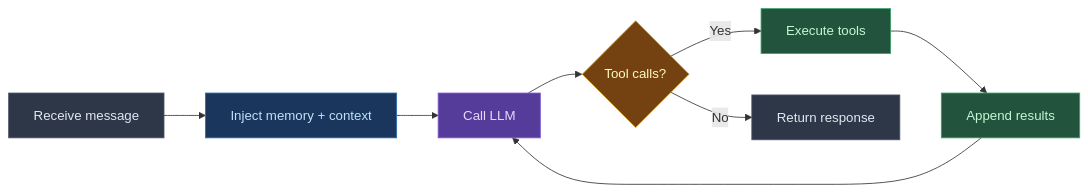
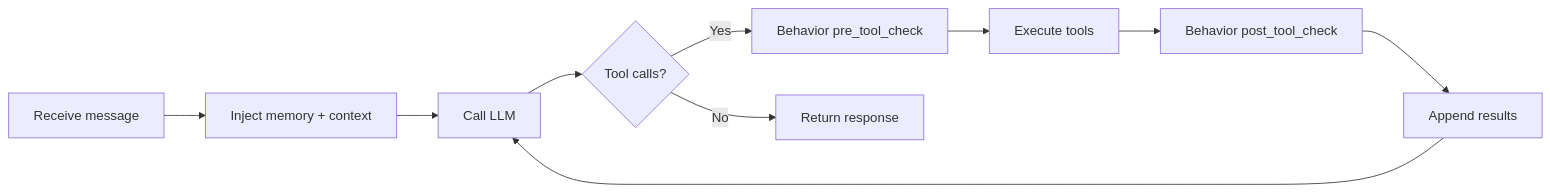
One commit to mbathe/digitorn-bridge changed the second of 3 diagrams in docs/index.md. Above: the diagram before and after it, drawn with Mermaid. The commit also changed other lines of this file and 346 other files, not shown here.

````diff
--- a/docs/index.md
+++ b/docs/index.md
@@ -122,18 +149,12 @@
 ```mermaid
 graph LR
     A[Receive message] --> B[Inject memory + context]
     B --> C[Call LLM]
     C --> D{Tool calls?}
-    D -->|Yes| E[Execute tools]
-    E --> F[Append results]
-    F --> C
-    D -->|No| G[Return response]
-
-    style A fill:#2d3748,stroke:#4a5568,color:#e2e8f0
-    style B fill:#1a365d,stroke:#2b6cb0,color:#bee3f8
-    style C fill:#553c9a,stroke:#805ad5,color:#e9d8fd
-    style D fill:#744210,stroke:#d69e2e,color:#fefcbf
-    style E fill:#22543d,stroke:#38a169,color:#c6f6d5
-    style F fill:#22543d,stroke:#38a169,color:#c6f6d5
-    style G fill:#2d3748,stroke:#4a5568,color:#e2e8f0
+    D -->|Yes| E[Behavior pre_tool_check]
+    E --> F[Execute tools]
+    F --> G[Behavior post_tool_check]
+    G --> H[Append results]
+    H --> C
+    D -->|No| I[Return response]
 ```
````
